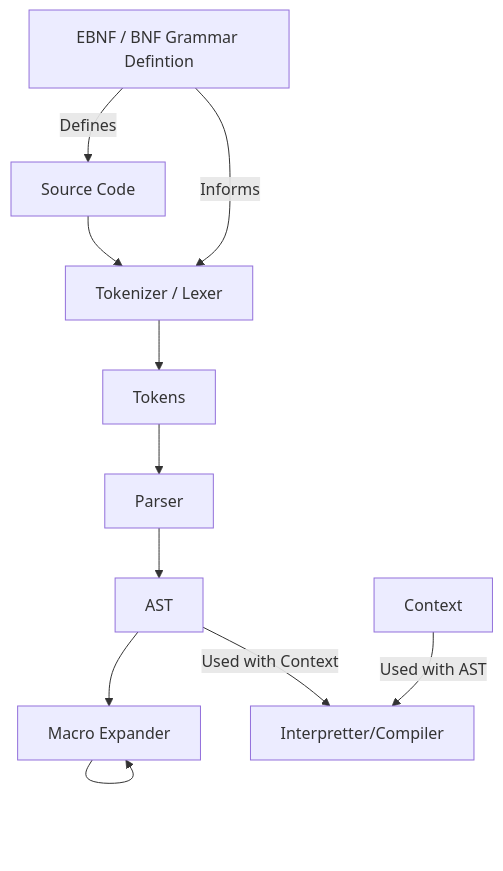
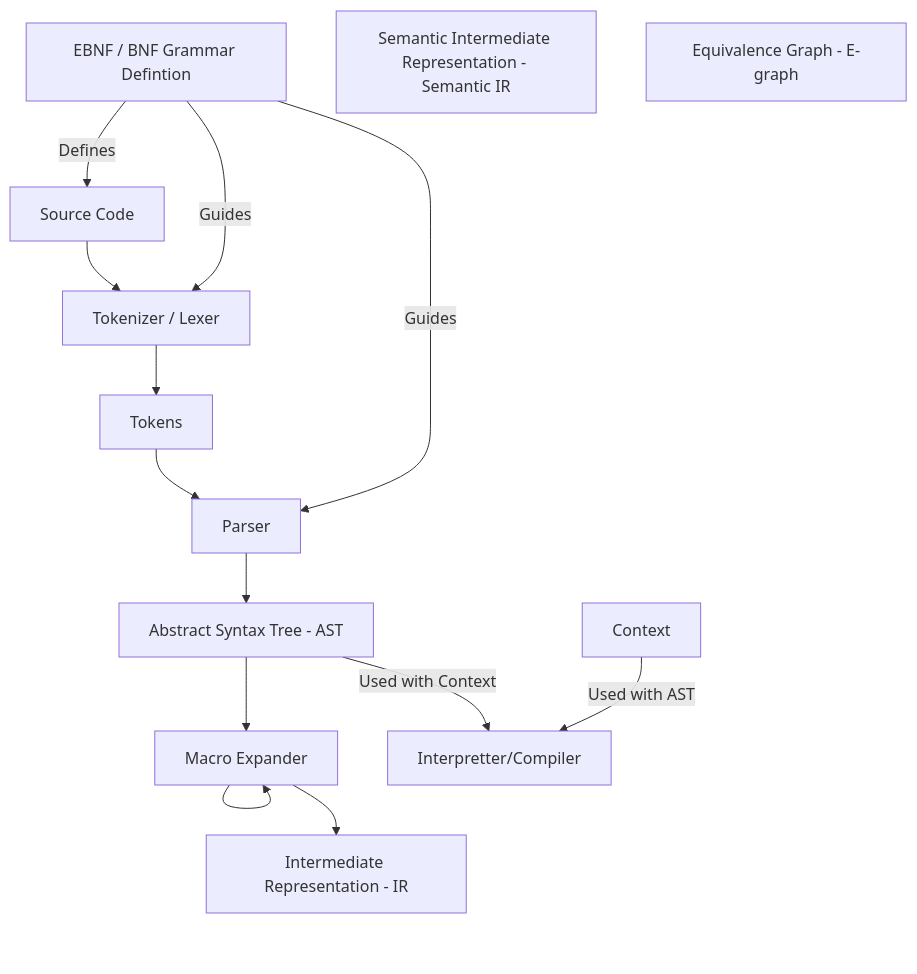
The diagram in compiler.md (tbrumbaugh5396/my-amazing-programming-language), drawn with Mermaid before and after one commit.

````diff
--- a/compiler.md
+++ b/compiler.md
@@ -1,15 +1,19 @@
 ```mermaid
 
 graph TD
     A[Source Code] --> B[Tokenizer / Lexer]
     B --> C[Tokens]
     C --> D[Parser]
-    D --> E[AST]
+    D --> E[Abstract Syntax Tree - AST]
     E --> F[Macro Expander]
     F --> F
     G[EBNF / BNF Grammar Defintion] --> | Defines| A
-    G --> | Informs | B
+    G --> | Guides | B
+    G --> | Guides | D
     H[Context] --> | Used with AST | I[Interpretter/Compiler]
     E --> | Used with Context | I
+    F --> J[Intermediate Representation - IR]
+    K[Semantic Intermediate Representation - Semantic IR]
+    L[Equivalence Graph - E-graph]
 
 ```
````
